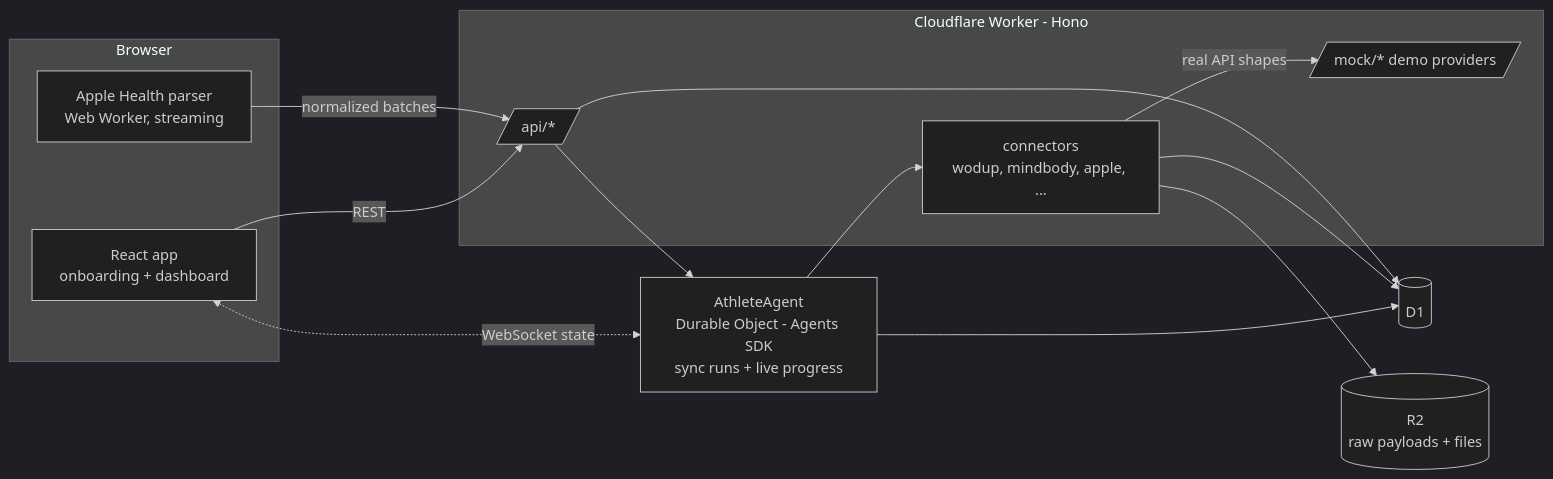
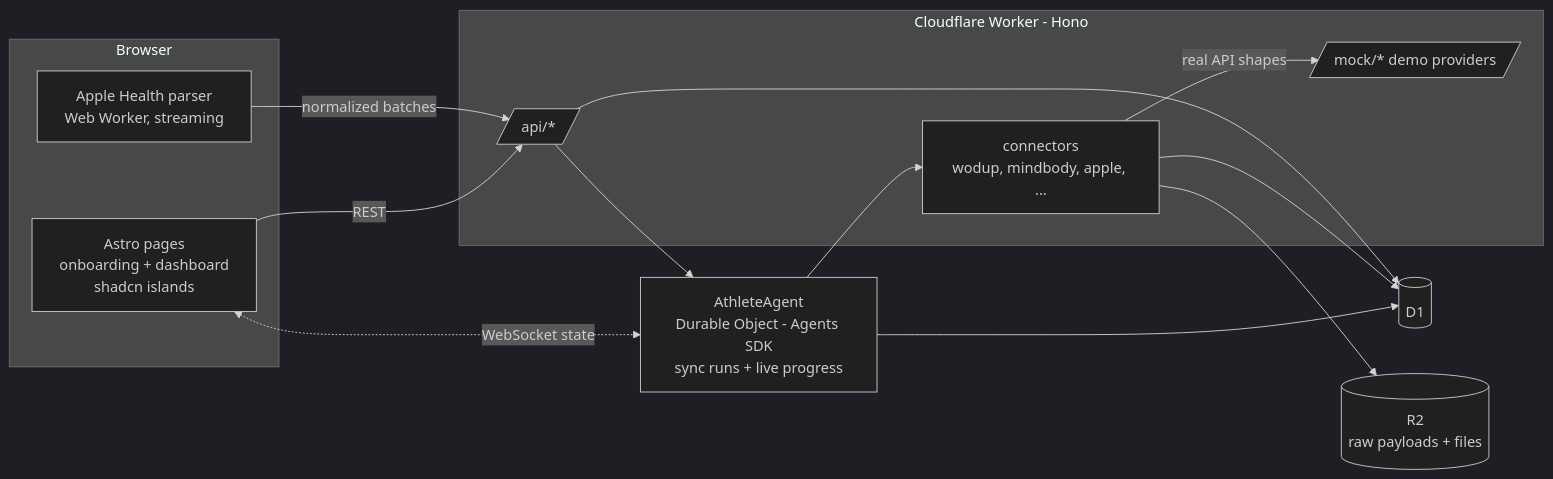
The diagram in docs/SPEC.md (herrerake/openhealth), drawn with Mermaid (dark theme) before and after one commit. The commit also changed other lines of this file and 1 other file, not shown here.

Commit message:
docs: Astro static frontend with shadcn islands on the existing Worker (D-028) (#2)

````diff
--- a/docs/SPEC.md
+++ b/docs/SPEC.md
@@ -19,25 +19,25 @@
 ```mermaid
 flowchart LR
   subgraph Browser
-    UI[React app<br/>onboarding + dashboard]
+    UI[Astro pages<br/>onboarding + dashboard<br/>shadcn islands]
     AP[Apple Health parser<br/>Web Worker, streaming]
   end
   subgraph Worker[Cloudflare Worker - Hono]
     API[/api/*/]
     CON[connectors<br/>wodup, mindbody, apple, ...]
     MOCK[/mock/* demo providers/]
   end
   AG[AthleteAgent<br/>Durable Object - Agents SDK<br/>sync runs + live progress]
   DB[(D1)]
   R2[(R2<br/>raw payloads + files)]
   UI -- REST --> API
   UI <-. WebSocket state .-> AG
   AP -- normalized batches --> API
   API --> AG
   AG --> CON
   CON -- real API shapes --> MOCK
   CON --> DB
   CON --> R2
   AG --> DB
   API --> DB
 ```
````
